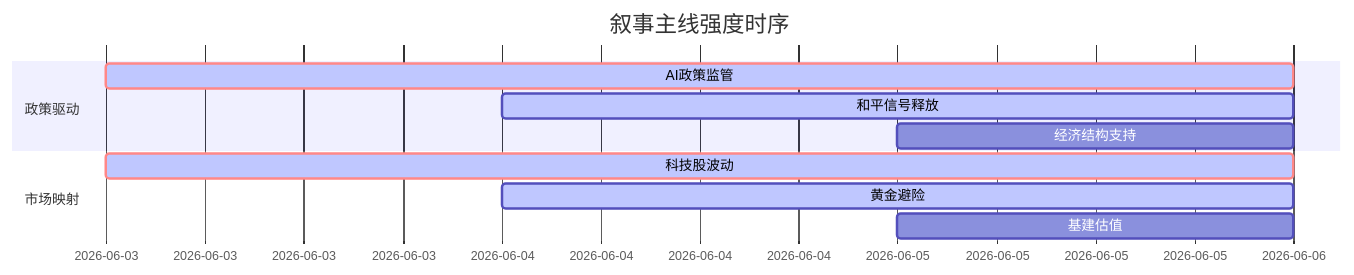
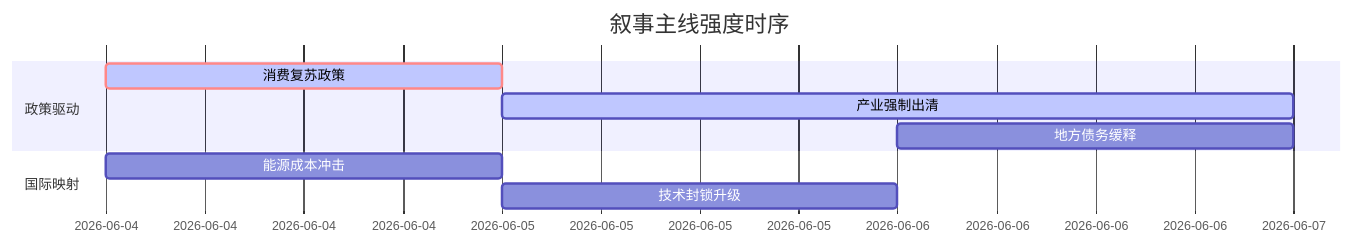
The diagram in 5day_report.md (uu5zn/uu5zn.github.io), drawn with Mermaid before and after one commit. The commit also changed other lines of this file and 2 other files, not shown here.

````diff
--- a/5day_report.md
+++ b/5day_report.md
@@ -64,14 +44,13 @@
 ```mermaid
 gantt
     title 叙事主线强度时序
     dateFormat  YYYY-MM-DD
     section 政策驱动
-    AI政策监管   :crit, active, 2026-06-03, 3d
-    和平信号释放   :active, 2026-06-04, 2d
-    经济结构支持   :2026-06-05, 1d
+    消费复苏政策   :crit, active, 2026-06-04, 1d
+    产业强制出清   :active, 2026-06-05, 2d
+    地方债务缓释   :2026-06-06, 1d
     
-    section 市场映射
-    科技股波动   :crit, active, 2026-06-03, 3d
-    黄金避险   :active, 2026-06-04, 2d
-    基建估值   :2026-06-05, 1d
+    section 国际映射
+    能源成本冲击   :2026-06-04, 1d
+    技术封锁升级   :2026-06-05, 1d
 ```
````
